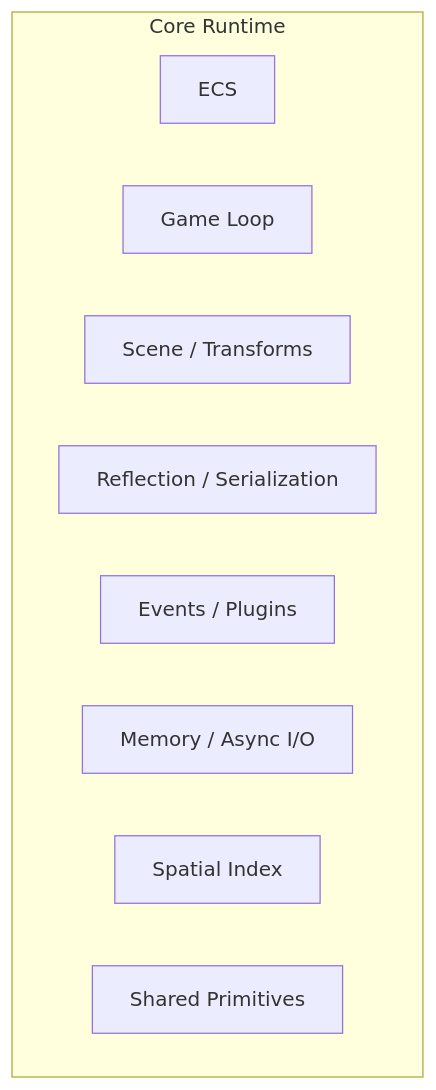
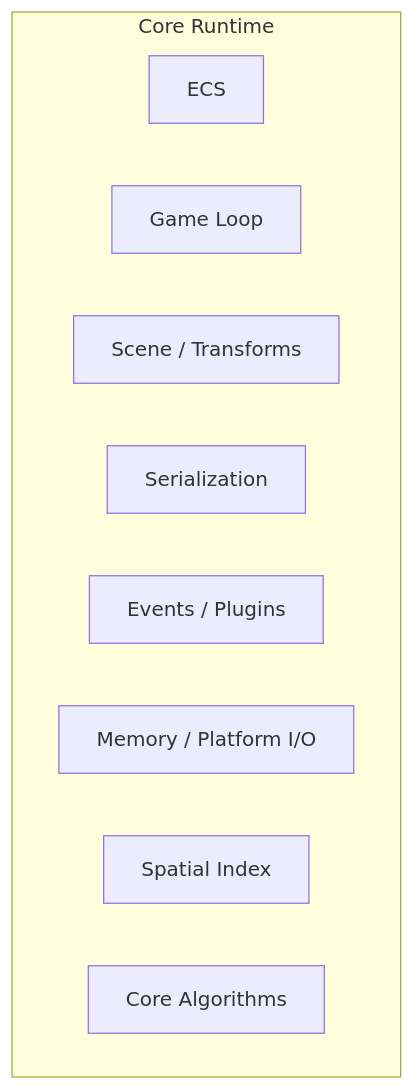
One commit to harmonius-dev/harmonius changed the eighth of 16 diagrams in docs/architecture.md. Above: the diagram before and after it, drawn with Mermaid. The commit also changed other lines of this file and 174 other files, not shown here.

````diff
--- a/docs/architecture.md
+++ b/docs/architecture.md
@@ -401,13 +459,13 @@
 ```mermaid
 graph TB
     subgraph "Core Runtime"
         E[ECS]
         GL[Game Loop]
         SC[Scene / Transforms]
-        RF[Reflection / Serialization]
+        RF[Serialization]
         EV[Events / Plugins]
-        MA[Memory / Async I/O]
+        MA[Memory / Platform I/O]
         SI[Spatial Index]
-        SP[Shared Primitives]
+        SP[Core Algorithms]
     end
 ```
````
